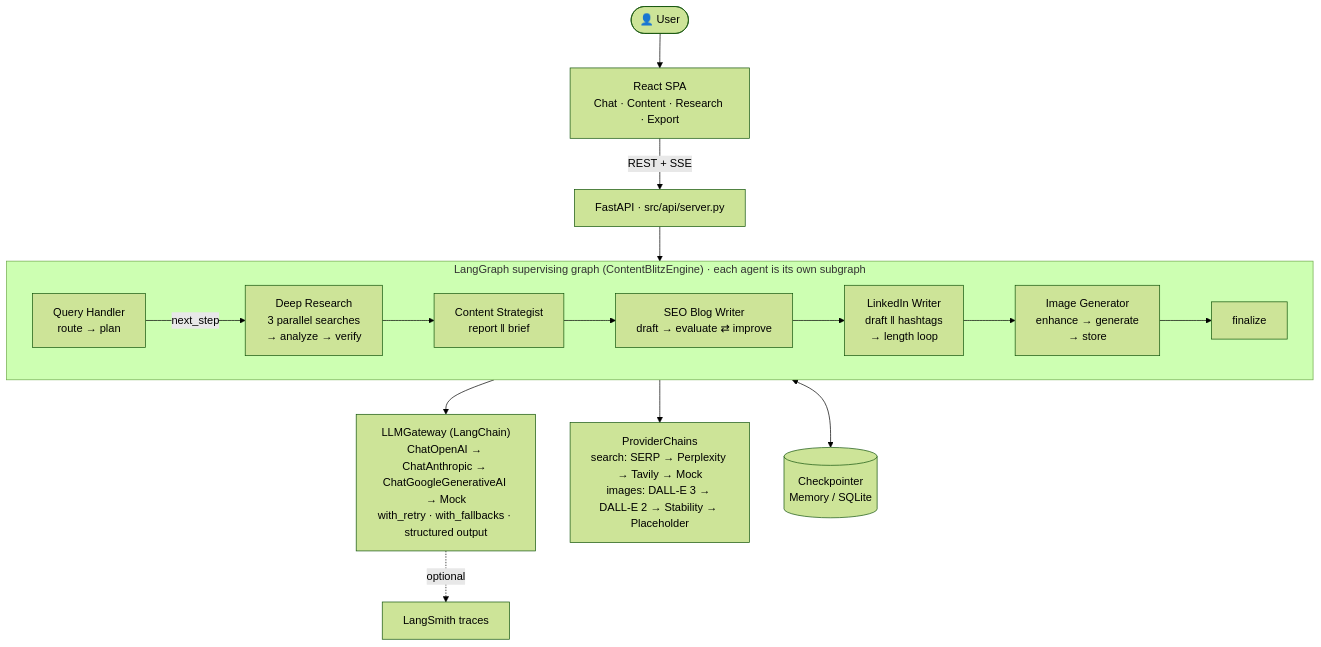
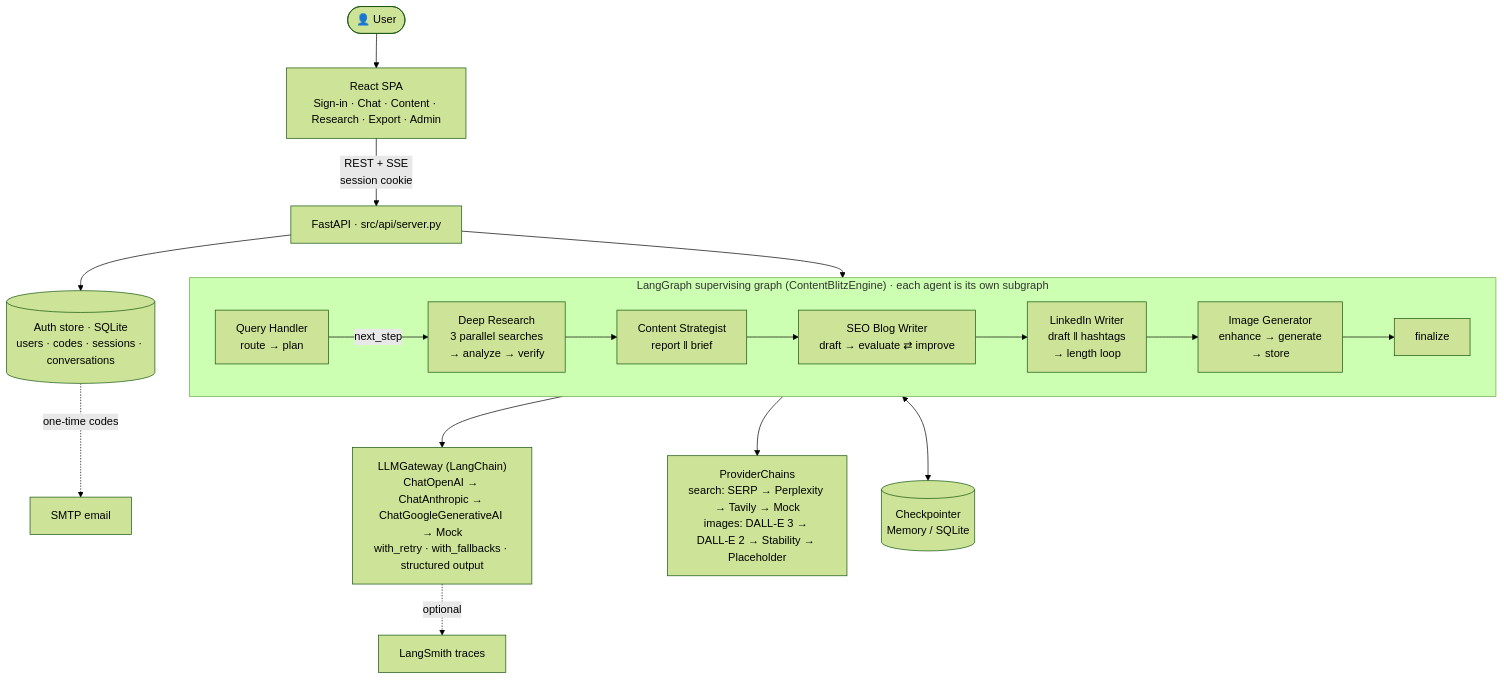
Before and after one commit to prasannakoppolu/contentblitz-ai-assistant: the diagram in README.md, drawn with Mermaid (forest theme). The commit also changed other lines of this file and 48 other files, not shown here.

````diff
--- a/README.md
+++ b/README.md
@@ -41,21 +43,23 @@
 ```mermaid
 flowchart TB
-    U(["👤 User"]) --> UI["React SPA<br/>Chat · Content · Research · Export"]
-    UI -- "REST + SSE" --> API["FastAPI · src/api/server.py"]
+    U(["👤 User"]) --> UI["React SPA<br/>Sign-in · Chat · Content · Research · Export · Admin"]
+    UI -- "REST + SSE<br/>session cookie" --> API["FastAPI · src/api/server.py"]
+    API --> AUTH[("Auth store · SQLite<br/>users · codes · sessions · conversations")]
+    AUTH -. one-time codes .-> SMTP["SMTP email"]
     API --> QH
 
     subgraph SUP ["LangGraph supervising graph (ContentBlitzEngine) · each agent is its own subgraph"]
         direction LR
         QH["Query Handler<br/>route → plan"] -->|next_step| R["Deep Research<br/>3 parallel searches<br/>→ analyze → verify"]
         R --> CS["Content Strategist<br/>report ‖ brief"]
         CS --> B["SEO Blog Writer<br/>draft → evaluate ⇄ improve"]
         B --> L["LinkedIn Writer<br/>draft ‖ hashtags<br/>→ length loop"]
         L --> I["Image Generator<br/>enhance → generate<br/>→ store"]
         I --> F["finalize"]
     end
 
     SUP --> GW["LLMGateway (LangChain)<br/>ChatOpenAI → ChatAnthropic → ChatGoogleGenerativeAI → Mock<br/>with_retry · with_fallbacks · structured output"]
     SUP --> PC["ProviderChains<br/>search: SERP → Perplexity → Tavily → Mock<br/>images: DALL-E 3 → DALL-E 2 → Stability → Placeholder"]
     SUP <--> MEM[("Checkpointer<br/>Memory / SQLite")]
     GW -. optional .-> LS["LangSmith traces"]
 ```
````
